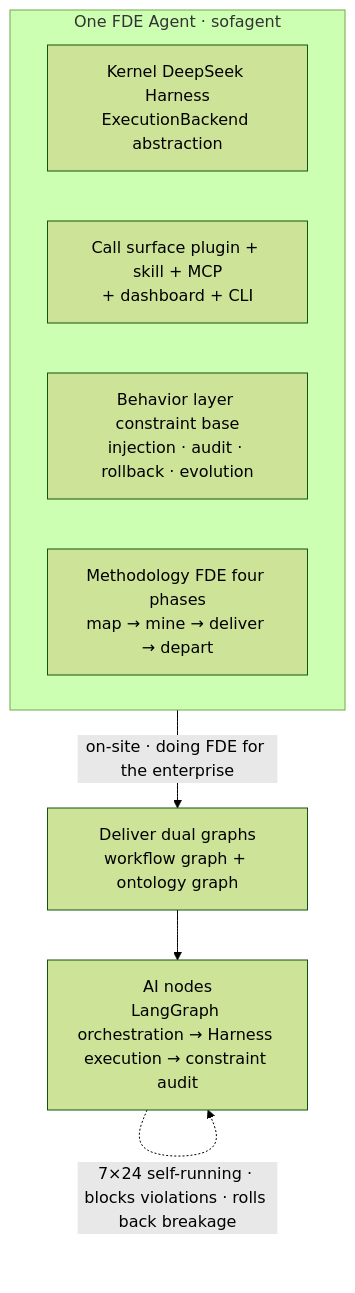
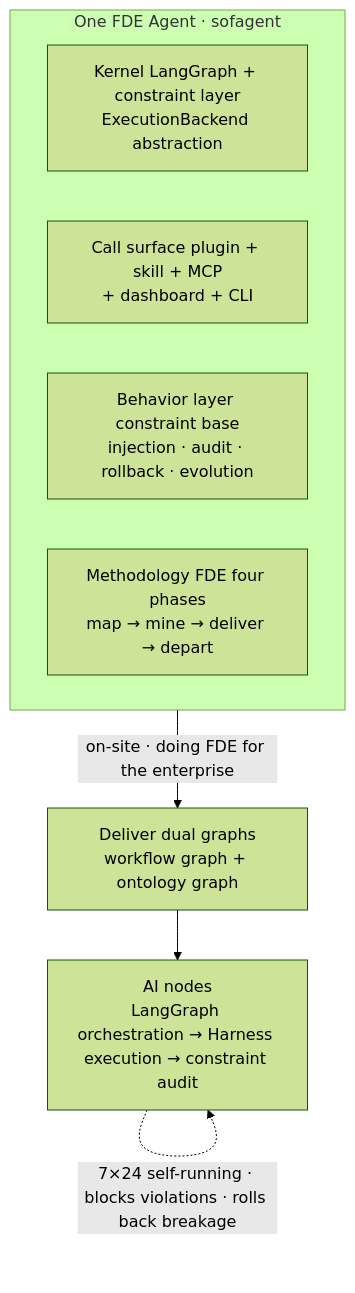
Before and after one commit to KongFangXun/sofagent: the first of 2 diagrams in README.en.md, drawn with Mermaid (forest theme). The commit also changed other lines of this file and 4 other files, not shown here.

First line of the commit message:
fix(assets+docs): banner 恢复浅色版 + Q1/Q2/Q3 + 问题 21 ARCHITECTURE 收编

````diff
--- a/README.en.md
+++ b/README.en.md
@@ -28,12 +28,12 @@
 ```mermaid
 graph TB
     subgraph S["One FDE Agent · sofagent"]
-        K["Kernel DeepSeek Harness<br/>ExecutionBackend abstraction"]
+        K["Kernel LangGraph + constraint layer<br/>ExecutionBackend abstraction"]
         I["Call surface plugin + skill + MCP<br/>+ dashboard + CLI"]
         B["Behavior layer constraint base<br/>injection · audit · rollback · evolution"]
         M["Methodology FDE four phases<br/>map → mine → deliver → depart"]
     end
     S -->|"on-site · doing FDE for the enterprise"| D["Deliver dual graphs<br/>workflow graph + ontology graph"]
     D --> N["AI nodes<br/>LangGraph orchestration → Harness execution → constraint audit"]
     N -.->|"7×24 self-running · blocks violations · rolls back breakage"| N
 ```
````
